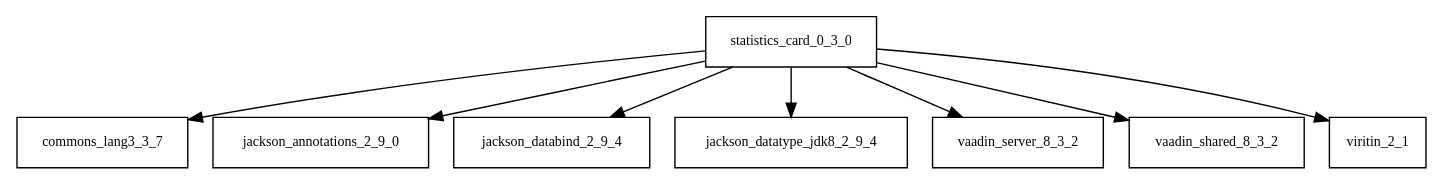
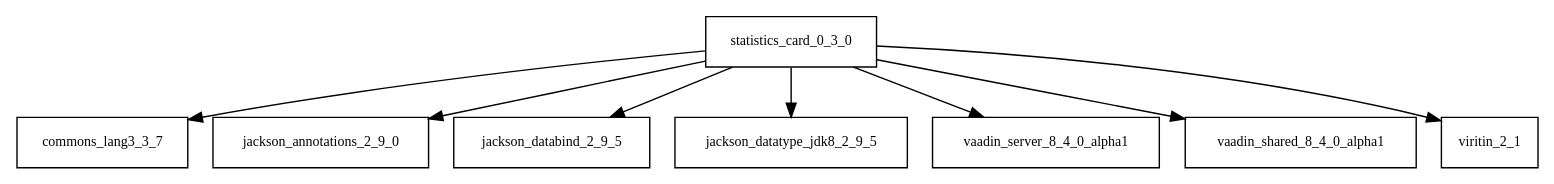
One commit to sjvs/cia changed the diagram in tattleTaleReport/graphviz/statistics-card-0.3.0.jar/statistics-card-0.3.0.jar.dot. Above: the diagram before and after it, drawn with Graphviz. The commit also changed 2329 other files, not shown here.

```diff
--- a/tattleTaleReport/graphviz/statistics-card-0.3.0.jar/statistics-card-0.3.0.jar.dot
+++ b/tattleTaleReport/graphviz/statistics-card-0.3.0.jar/statistics-card-0.3.0.jar.dot
@@ -1,10 +1,10 @@
 digraph statistics_card_0_3_0_dependencies {
   node [shape = box, fontsize=10.0];
   statistics_card_0_3_0 -> commons_lang3_3_7;
   statistics_card_0_3_0 -> jackson_annotations_2_9_0;
-  statistics_card_0_3_0 -> jackson_databind_2_9_4;
-  statistics_card_0_3_0 -> jackson_datatype_jdk8_2_9_4;
-  statistics_card_0_3_0 -> vaadin_server_8_3_2;
-  statistics_card_0_3_0 -> vaadin_shared_8_3_2;
+  statistics_card_0_3_0 -> jackson_databind_2_9_5;
+  statistics_card_0_3_0 -> jackson_datatype_jdk8_2_9_5;
+  statistics_card_0_3_0 -> vaadin_server_8_4_0_alpha1;
+  statistics_card_0_3_0 -> vaadin_shared_8_4_0_alpha1;
   statistics_card_0_3_0 -> viritin_2_1;
 }
```
